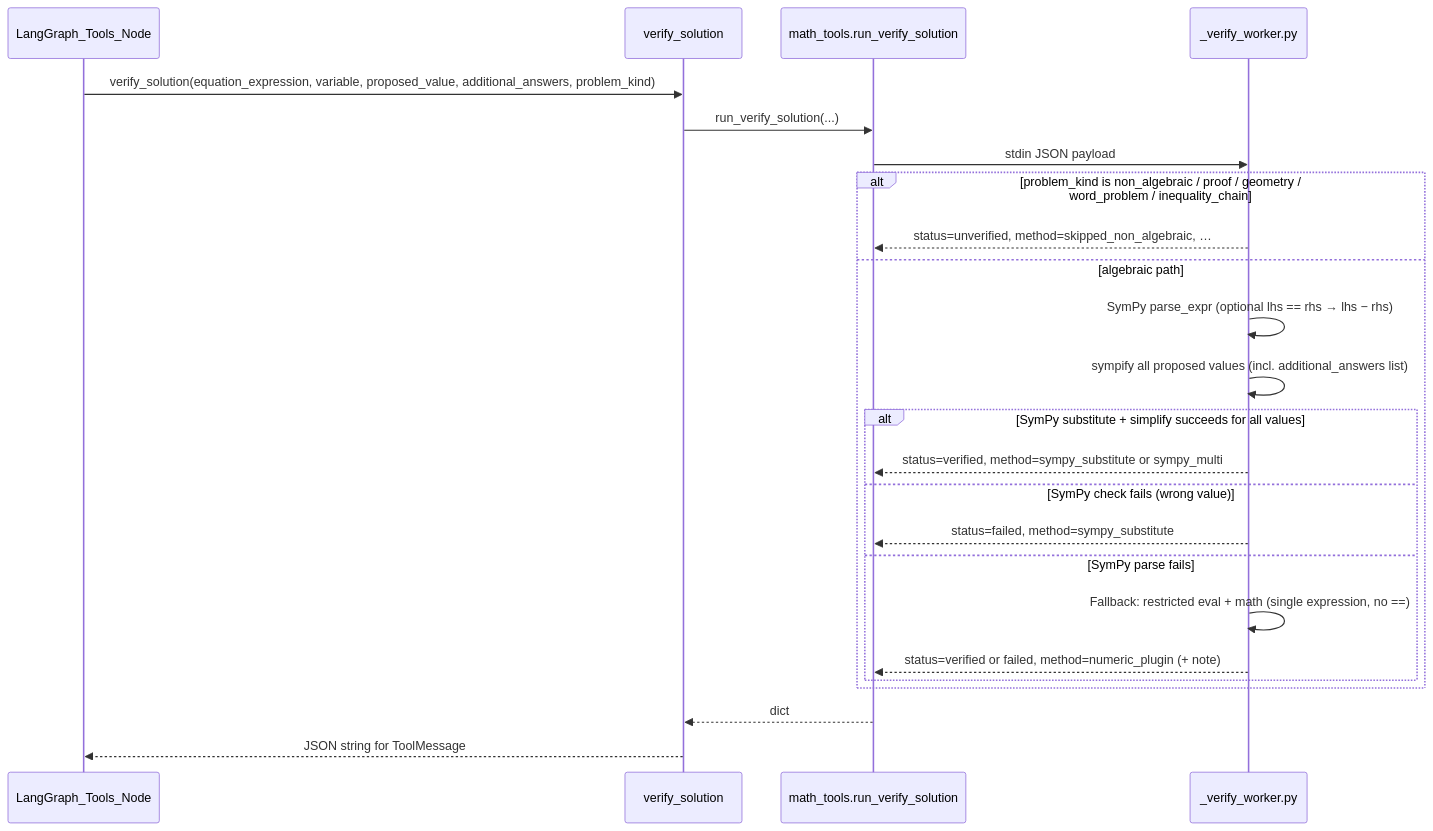
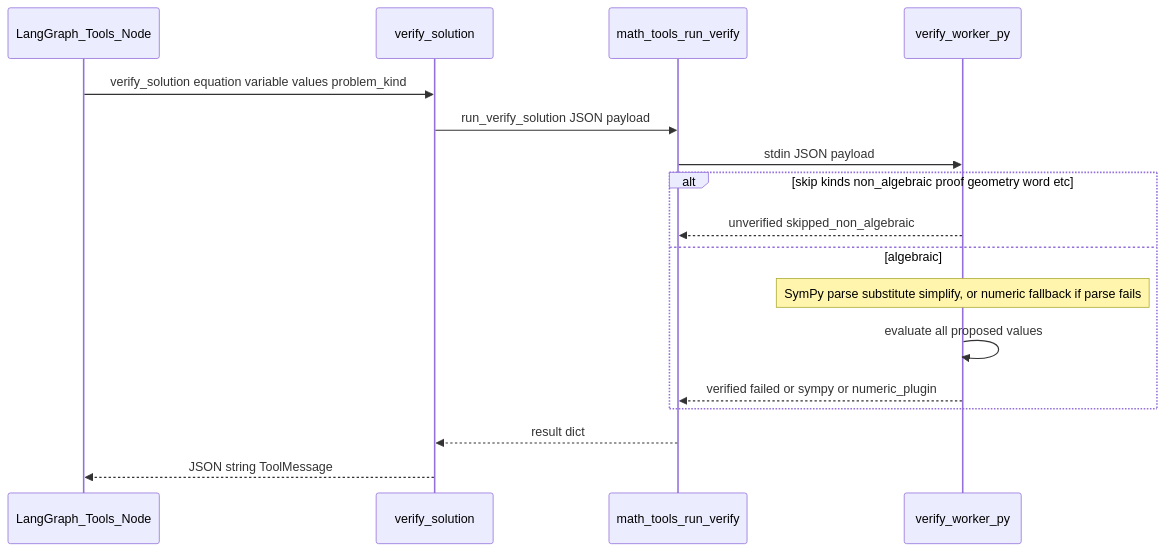
One commit to hongtran/math-problem-solver changed the third of 3 diagrams in docs/SEQUENCE_FLOW.md. Above: the diagram before and after it, drawn with Mermaid. The commit also changed other lines of this file, not shown here.

````diff
--- a/docs/SEQUENCE_FLOW.md
+++ b/docs/SEQUENCE_FLOW.md
@@ -112,27 +112,20 @@
 ```mermaid
 sequenceDiagram
   participant Agent as LangGraph_Tools_Node
   participant Tool as verify_solution
-  participant math_tools as math_tools.run_verify_solution
-  participant Subprocess as _verify_worker.py
+  participant MathTools as math_tools_run_verify
+  participant Subprocess as verify_worker_py
 
-  Agent->>Tool: verify_solution(equation_expression, variable, proposed_value, additional_answers, problem_kind)
-  Tool->>math_tools: run_verify_solution(...)
-  math_tools->>Subprocess: stdin JSON payload
-  alt problem_kind is non_algebraic / proof / geometry / word_problem / inequality_chain
-    Subprocess-->>math_tools: status=unverified, method=skipped_non_algebraic, …
-  else algebraic path
-    Subprocess->>Subprocess: SymPy parse_expr (optional lhs == rhs → lhs − rhs)
-    Subprocess->>Subprocess: sympify all proposed values (incl. additional_answers list)
-    alt SymPy substitute + simplify succeeds for all values
-      Subprocess-->>math_tools: status=verified, method=sympy_substitute or sympy_multi
-    else SymPy check fails (wrong value)
-      Subprocess-->>math_tools: status=failed, method=sympy_substitute
-    else SymPy parse fails
-      Subprocess->>Subprocess: Fallback: restricted eval + math (single expression, no ==)
-      Subprocess-->>math_tools: status=verified or failed, method=numeric_plugin (+ note)
-    end
+  Agent->>Tool: verify_solution equation variable values problem_kind
+  Tool->>MathTools: run_verify_solution JSON payload
+  MathTools->>Subprocess: stdin JSON payload
+  alt skip kinds non_algebraic proof geometry word etc
+    Subprocess-->>MathTools: unverified skipped_non_algebraic
+  else algebraic
+    Note over Subprocess: SymPy parse substitute simplify, or numeric fallback if parse fails
+    Subprocess->>Subprocess: evaluate all proposed values
+    Subprocess-->>MathTools: verified failed or sympy or numeric_plugin
   end
-  math_tools-->>Tool: dict
-  Tool-->>Agent: JSON string for ToolMessage
+  MathTools-->>Tool: result dict
+  Tool-->>Agent: JSON string ToolMessage
 ```
````
